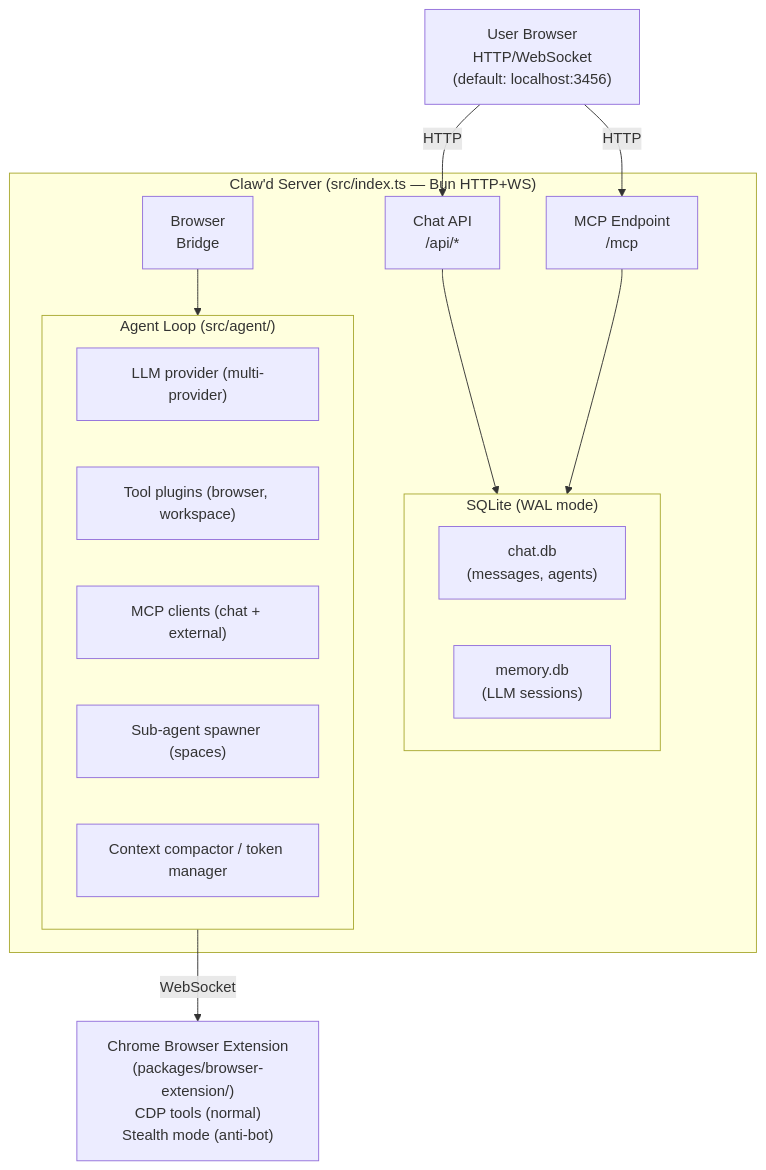
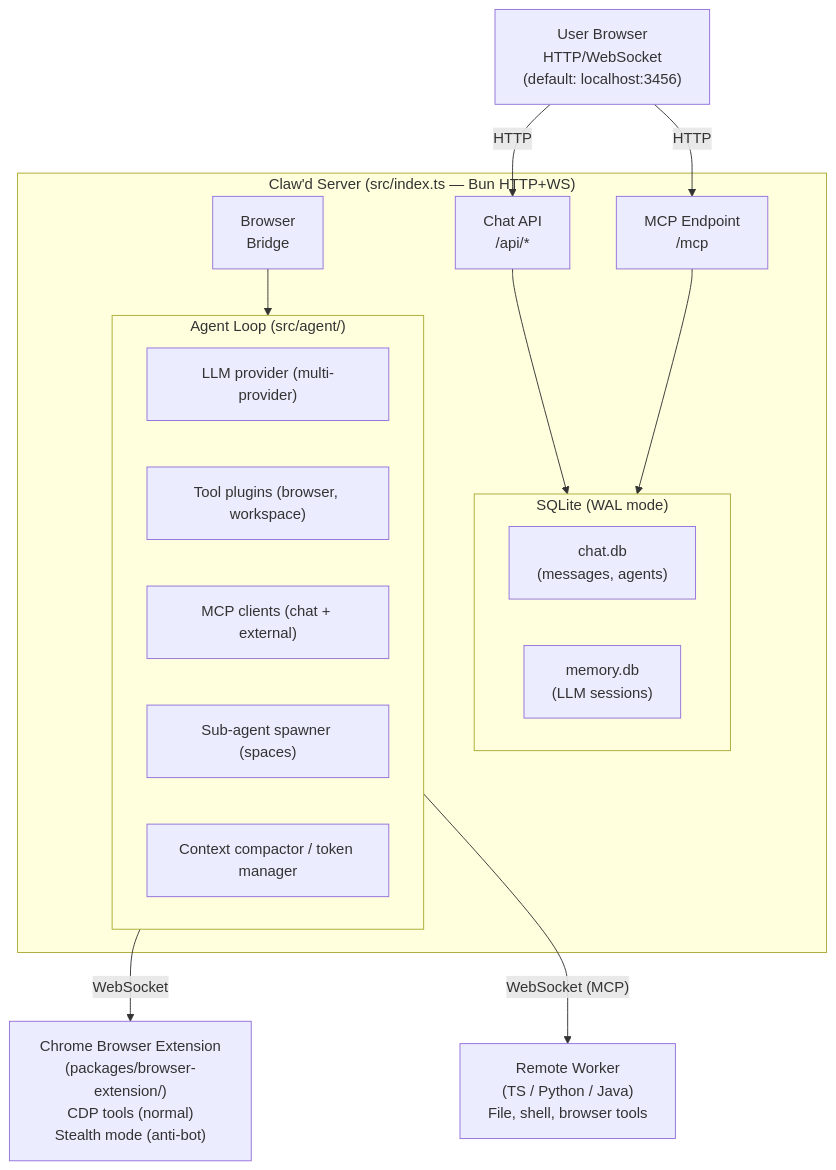
The first of 8 diagrams in docs/architecture.md (Tuanm/clawd), drawn with Mermaid before and after one commit. The commit also changed other lines of this file and 1 other file, not shown here.

Commit message:
docs: add Remote Worker to architecture diagram

````diff
--- a/docs/architecture.md
+++ b/docs/architecture.md
@@ -89,32 +89,35 @@
 ```mermaid
 flowchart TD
     UB["User Browser\nHTTP/WebSocket\n(default: localhost:3456)"]
 
     subgraph Server["Claw'd Server (src/index.ts — Bun HTTP+WS)"]
         ChatAPI["Chat API\n/api/*"]
         MCP["MCP Endpoint\n/mcp"]
         Bridge["Browser\nBridge"]
 
         subgraph DB["SQLite (WAL mode)"]
             ChatDB["chat.db\n(messages, agents)"]
             MemDB["memory.db\n(LLM sessions)"]
         end
 
         subgraph AgentLoop["Agent Loop (src/agent/)"]
             LLM["LLM provider (multi-provider)"]
             Tools["Tool plugins (browser, workspace)"]
             MCPClients["MCP clients (chat + external)"]
             Spawner["Sub-agent spawner (spaces)"]
             Compactor["Context compactor / token manager"]
         end
     end
 
     Chrome["Chrome Browser Extension\n(packages/browser-extension/)\nCDP tools (normal)\nStealth mode (anti-bot)"]
 
+    Worker["Remote Worker\n(TS / Python / Java)\nFile, shell, browser tools"]
+
     UB -->|HTTP| ChatAPI
     UB -->|HTTP| MCP
     ChatAPI --> DB
     MCP --> DB
     Bridge --> AgentLoop
     AgentLoop -->|WebSocket| Chrome
+    AgentLoop -->|"WebSocket (MCP)"| Worker
 ```
````
